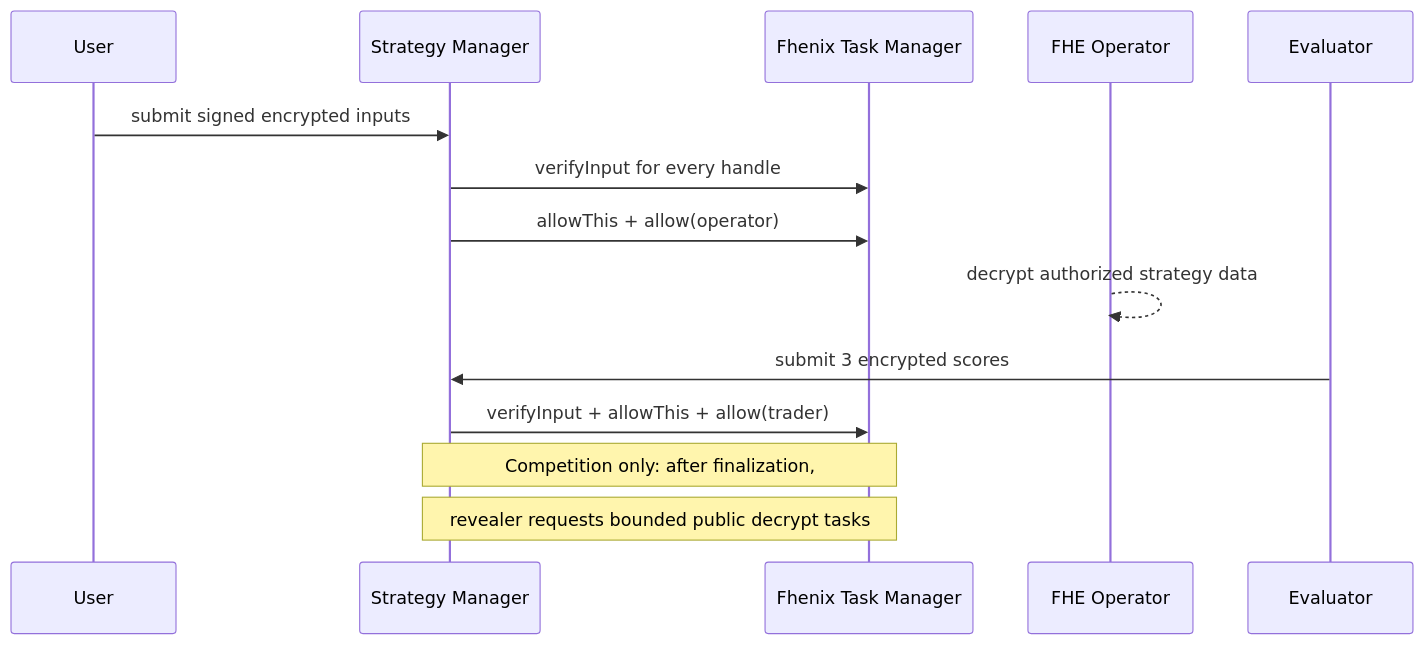
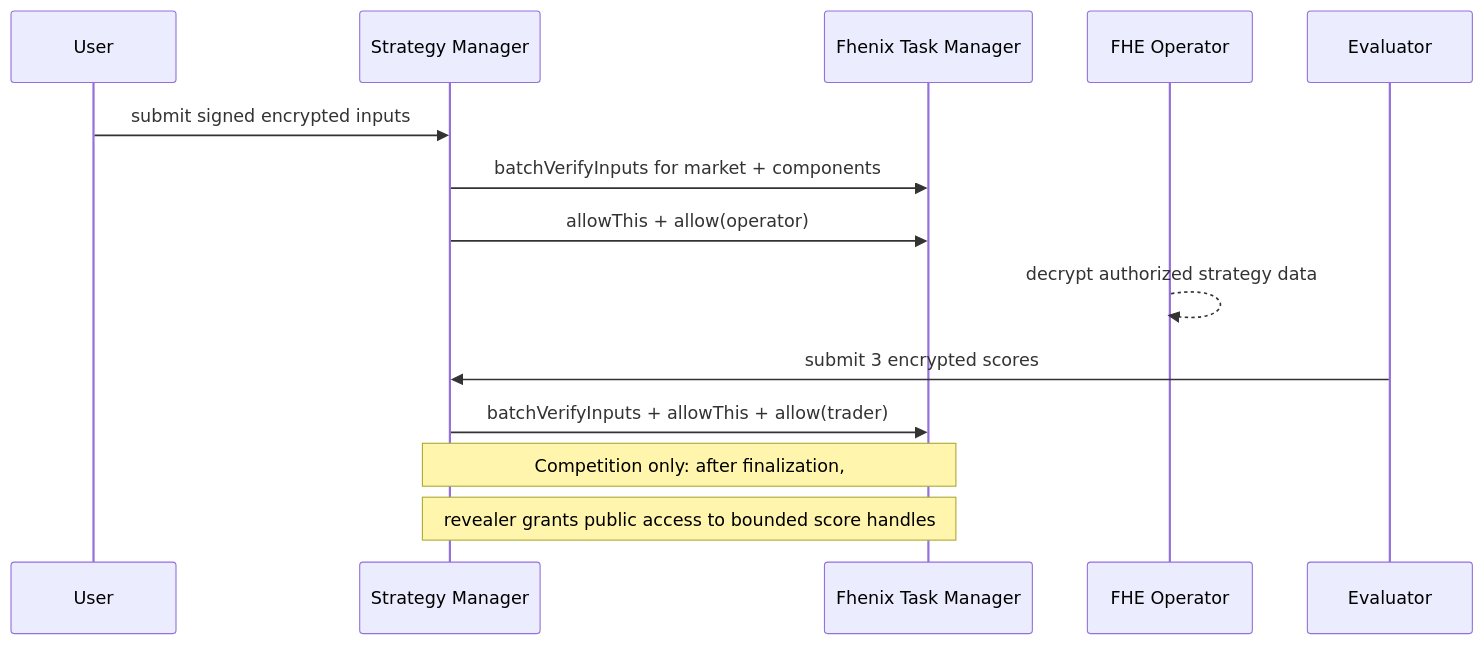
The second of 2 diagrams in FHENIX_REVIEW.md (Nilay27/alphaengine-contracts), drawn with Mermaid before and after one commit. The commit also changed other lines of this file and 82 other files, not shown here.

````diff
--- a/FHENIX_REVIEW.md
+++ b/FHENIX_REVIEW.md
@@ -122,17 +130,17 @@
 ```mermaid
 sequenceDiagram
     participant User
     participant Manager as Strategy Manager
     participant TM as Fhenix Task Manager
     participant Operator as FHE Operator
     participant Evaluator
 
     User->>Manager: submit signed encrypted inputs
-    Manager->>TM: verifyInput for every handle
+    Manager->>TM: batchVerifyInputs for market + components
     Manager->>TM: allowThis + allow(operator)
     Operator-->>Operator: decrypt authorized strategy data
     Evaluator->>Manager: submit 3 encrypted scores
-    Manager->>TM: verifyInput + allowThis + allow(trader)
+    Manager->>TM: batchVerifyInputs + allowThis + allow(trader)
     Note over Manager,TM: Competition only: after finalization,
-    Note over Manager,TM: revealer requests bounded public decrypt tasks
+    Note over Manager,TM: revealer grants public access to bounded score handles
 ```
````
